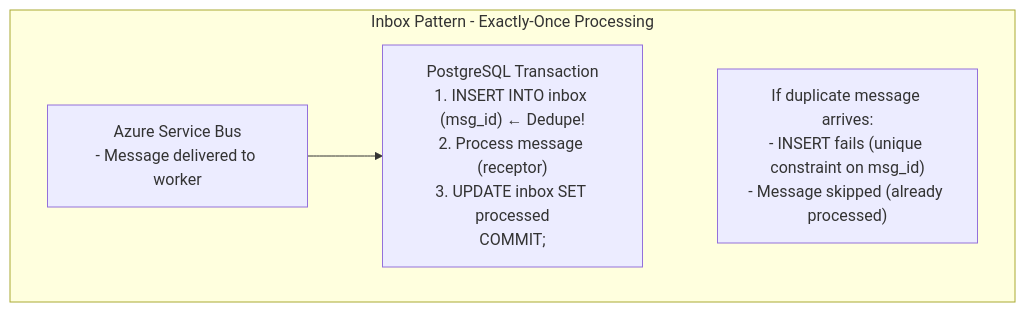
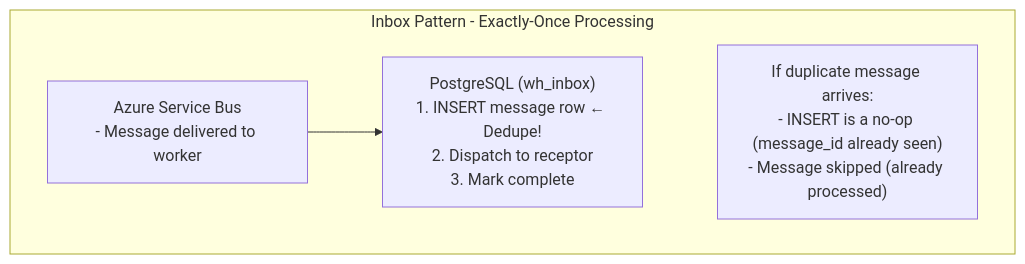
Before and after one commit to whizbang-lib/whizbang-lib.github.io: the second of 3 diagrams in src/assets/docs/v1.0.0/learn/tutorial/inventory-service.md, drawn with Mermaid. The commit also changed other lines of this file and 48 other files, not shown here.

````diff
--- a/src/assets/docs/v1.0.0/learn/tutorial/inventory-service.md
+++ b/src/assets/docs/v1.0.0/learn/tutorial/inventory-service.md
@@ -746,14 +539,14 @@
 ```mermaid
 flowchart TD
     subgraph IP["Inbox Pattern - Exactly-Once Processing"]
         ASB["Azure Service Bus<br/>- Message delivered to worker"]
-        TX["PostgreSQL Transaction<br/>1. INSERT INTO inbox (msg_id) ← Dedupe!<br/>2. Process message (receptor)<br/>3. UPDATE inbox SET processed<br/>COMMIT;"]
-        Dup["If duplicate message arrives:<br/>- INSERT fails (unique constraint on msg_id)<br/>- Message skipped (already processed)"]
+        TX["PostgreSQL (wh_inbox)<br/>1. INSERT message row ← Dedupe!<br/>2. Dispatch to receptor<br/>3. Mark complete"]
+        Dup["If duplicate message arrives:<br/>- INSERT is a no-op (message_id already seen)<br/>- Message skipped (already processed)"]
 
         ASB --> TX
         TX ~~~ Dup
     end
 
     class ASB layer-command
     class TX layer-event
 ```
````
